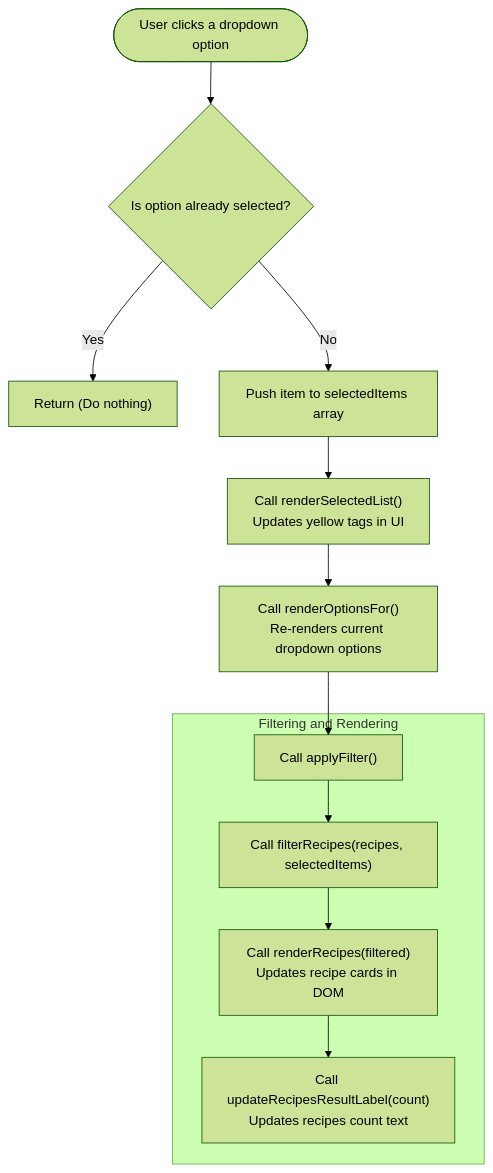
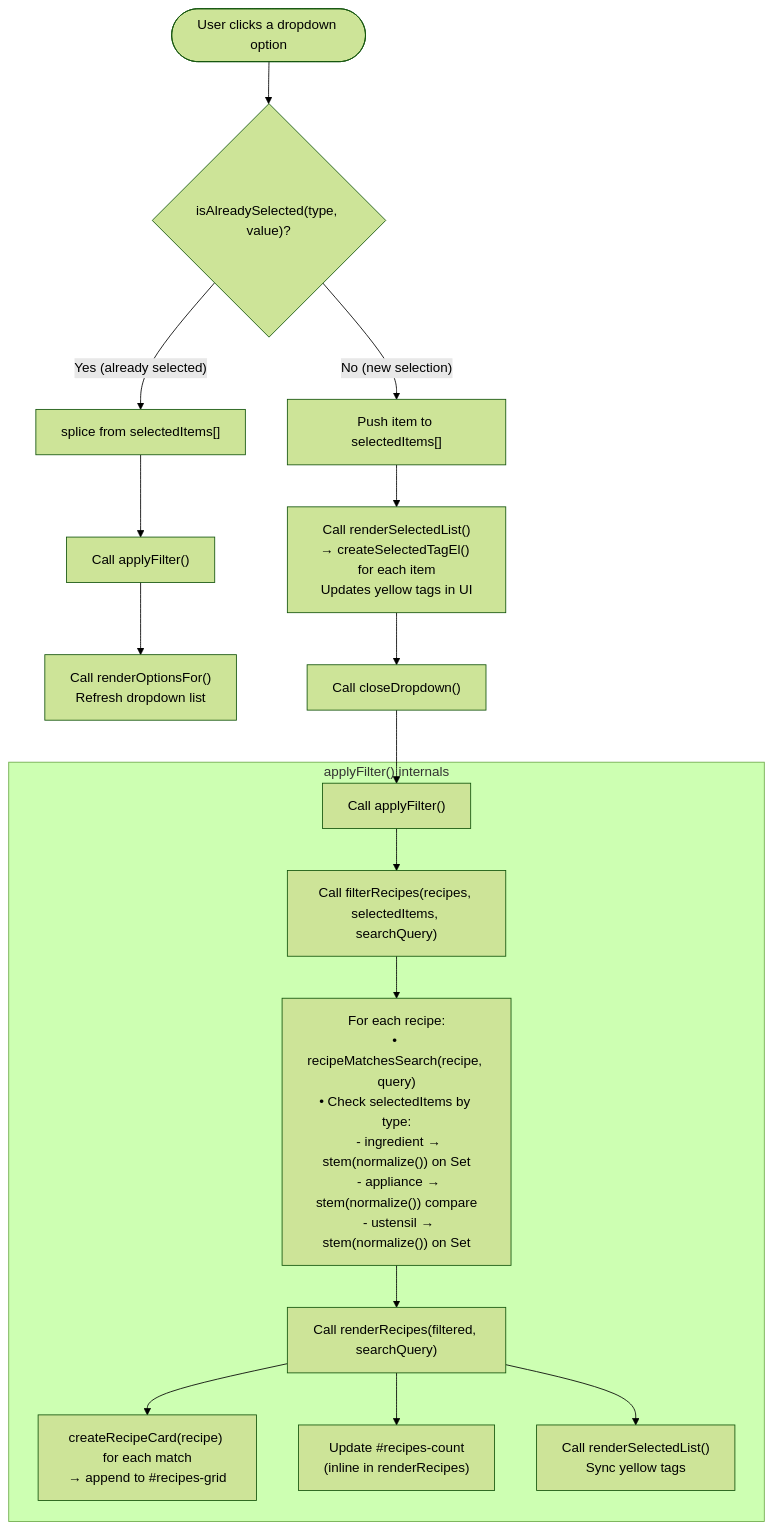
One commit to aladin002dz/Les-petits-plats---OpenClassRoom---FOUGEROUSE-Elodie- changed the third of 5 diagrams in architecture_diagram.md. Above: the diagram before and after it, drawn with Mermaid (forest theme). The commit also changed other lines of this file, not shown here.

Commit message:
📚docs: update architecture diagram to reflect global search and refactored filter logic

````diff
--- a/architecture_diagram.md
+++ b/architecture_diagram.md
@@ -160,16 +206,21 @@
 ```mermaid
 flowchart TD
-    Click(["User clicks a dropdown option"]) --> Check{"Is option already selected?"}
-    Check -- "Yes" --> Ignore["Return (Do nothing)"]
-    Check -- "No" --> Push["Push item to selectedItems array"]
+    Click(["User clicks a dropdown option"]) --> Check{"isAlreadySelected(type, value)?"}
+    Check -- "Yes (already selected)" --> Deselect["splice from selectedItems[]"]
+    Deselect --> ReApply["Call applyFilter()"]
+    ReApply --> ReRender["Call renderOptionsFor()\nRefresh dropdown list"]
+    Check -- "No (new selection)" --> Push["Push item to selectedItems[]"]
     
-    Push --> RenderTags["Call renderSelectedList()\nUpdates yellow tags in UI"]
-    RenderTags --> RenderOpts["Call renderOptionsFor()\nRe-renders current dropdown options"]
-    RenderOpts --> ApplyFilter["Call applyFilter()"]
+    Push --> RenderTags["Call renderSelectedList()\n→ createSelectedTagEl() for each item\nUpdates yellow tags in UI"]
+    RenderTags --> CloseDD["Call closeDropdown()"]
+    CloseDD --> ApplyFilter["Call applyFilter()"]
     
-    subgraph "Filtering and Rendering"
-        ApplyFilter --> Filter["Call filterRecipes(recipes, selectedItems)"]
-        Filter --> RenderRecipes["Call renderRecipes(filtered)\nUpdates recipe cards in DOM"]
-        RenderRecipes --> UpdateCount["Call updateRecipesResultLabel(count)\nUpdates recipes count text"]
+    subgraph "applyFilter() internals"
+        ApplyFilter --> Filter["Call filterRecipes(recipes, selectedItems, searchQuery)"]
+        Filter --> MatchCheck["For each recipe:\n• recipeMatchesSearch(recipe, query)\n• Check selectedItems by type:\n  - ingredient → stem(normalize()) on Set\n  - appliance → stem(normalize()) compare\n  - ustensil → stem(normalize()) on Set"]
+        MatchCheck --> RenderRecipes["Call renderRecipes(filtered, searchQuery)"]
+        RenderRecipes --> Cards["createRecipeCard(recipe) for each match\n→ append to #recipes-grid"]
+        RenderRecipes --> UpdateCount["Update #recipes-count\n(inline in renderRecipes)"]
+        RenderRecipes --> RenderSel2["Call renderSelectedList()\nSync yellow tags"]
     end
 ```
````
